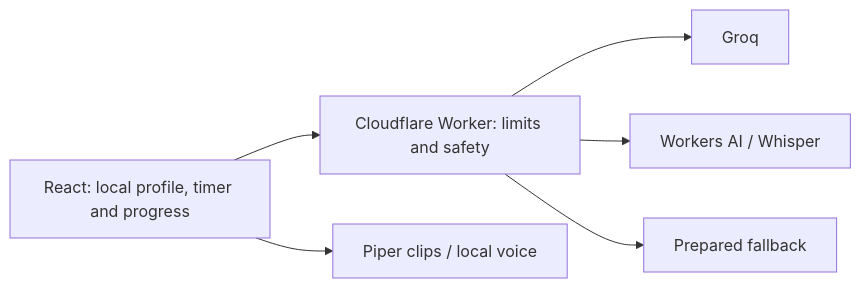
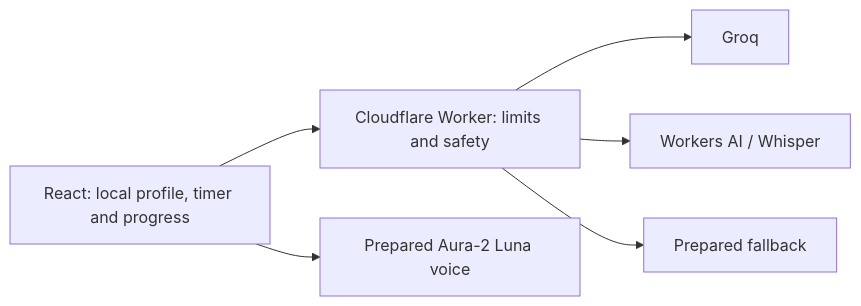
Before and after one commit to Tarlan2006/westcoded-business-cup: the diagram in README.md, drawn with Mermaid. The commit also changed other lines of this file and 267 other files, not shown here.

````diff
--- a/README.md
+++ b/README.md
@@ -41,8 +41,8 @@
 ```mermaid
 flowchart LR
   UI[React: local profile, timer and progress] --> API[Cloudflare Worker: limits and safety]
   API --> Groq[Groq]
   API --> Whisper[Workers AI / Whisper]
   API --> FAQ[Prepared fallback]
-  UI --> Clips[Piper clips / local voice]
+  UI --> Clips[Prepared Aura-2 Luna voice]
 ```
````
